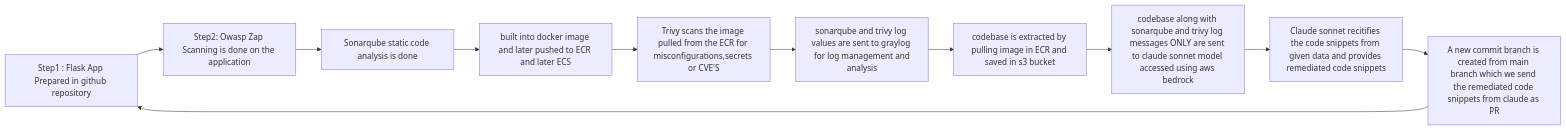
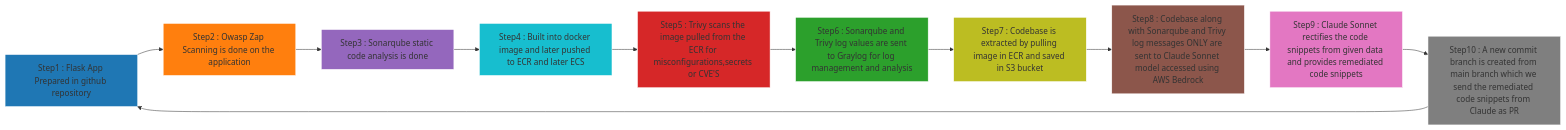
One commit to devjoshi2005/DevSecOps-Container-Remediation-Project changed the diagram in technicalreport.md. Above: the diagram before and after it, drawn with Mermaid.

````diff
--- a/technicalreport.md
+++ b/technicalreport.md
@@ -11,13 +11,26 @@
 ```mermaid
 flowchart LR
-    A[Step1 : Flask App Prepared in github repository] --> B[Step2: Owasp Zap Scanning is done on the application]
-    B --> C[Sonarqube static code analysis is done]
-    C --> D[built into docker image and later pushed to ECR and later ECS]
-    D --> E[Trivy scans the image pulled from the ECR for misconfigurations,secrets or CVE'S ]
-    E --> F[sonarqube and trivy log values are sent to graylog  for log management and analysis ]
-    F --> G[codebase is extracted by pulling image in ECR and saved in s3 bucket]
-    G --> H[codebase along with sonarqube and trivy log messages ONLY are sent to claude sonnet model accessed using aws bedrock]
-    H --> I[Claude sonnet recitifies the code snippets from given data and provides remediated code snippets]
-    I --> J[A new commit branch is created from main branch which we send the remediated code snippets from claude as PR]
+    A[Step1 : Flask App Prepared in github repository]:::code --> B[Step2 : Owasp Zap Scanning is done on the application]:::zap
+    B --> C[Step3 : Sonarqube static code analysis is done]:::sonar
+    C --> D[Step4 : Built into docker image and later pushed to ECR and later ECS]:::docker
+    D --> E[Step5 : Trivy scans the image pulled from the ECR for misconfigurations,secrets or CVE'S ]:::trivy
+    E --> F[Step6 : Sonarqube and Trivy log values are sent to Graylog for log management and analysis ]:::graylog
+    F --> G[Step7 : Codebase is extracted by pulling image in ECR and saved in S3 bucket]:::s3
+    G --> H[Step8 : Codebase along with Sonarqube and Trivy log messages ONLY are sent to Claude Sonnet model accessed using AWS Bedrock]:::bedrock
+    H --> I[Step9 : Claude Sonnet rectifies the code snippets from given data and provides remediated code snippets]:::ai
+    I --> J[Step10 : A new commit branch is created from main branch which we send the remediated code snippets from Claude as PR]:::pr
     J --> A
+
+    %% --- Color Definitions ---
+    classDef code fill:#1f77b4,stroke:#ffffff,color:#ffffff;      %% Blue for source code
+    classDef zap fill:#ff7f0e,stroke:#ffffff,color:#ffffff;       %% Orange for ZAP
+    classDef sonar fill:#9467bd,stroke:#ffffff,color:#ffffff;     %% Purple for SonarQube
+    classDef docker fill:#17becf,stroke:#ffffff,color:#ffffff;    %% Teal for Docker/ECR/ECS
+    classDef trivy fill:#d62728,stroke:#ffffff,color:#ffffff;     %% Red for Trivy
+    classDef graylog fill:#2ca02c,stroke:#ffffff,color:#ffffff;   %% Green for Graylog
+    classDef s3 fill:#bcbd22,stroke:#ffffff,color:#000000;        %% Yellow for S3
+    classDef bedrock fill:#8c564b,stroke:#ffffff,color:#ffffff;   %% Brown for Bedrock
+    classDef ai fill:#e377c2,stroke:#ffffff,color:#ffffff;        %% Pink for AI remediation
+    classDef pr fill:#7f7f7f,stroke:#ffffff,color:#ffffff;        %% Gray for PR creation
+
 ```
````
